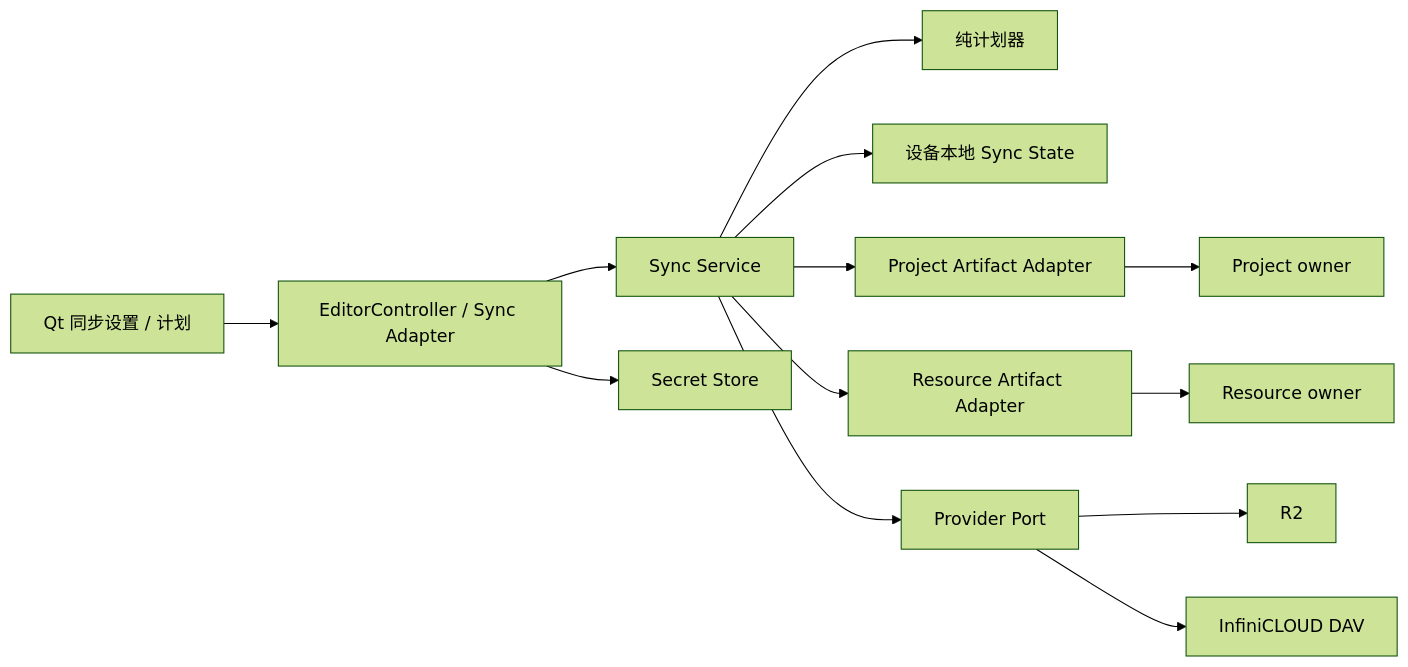
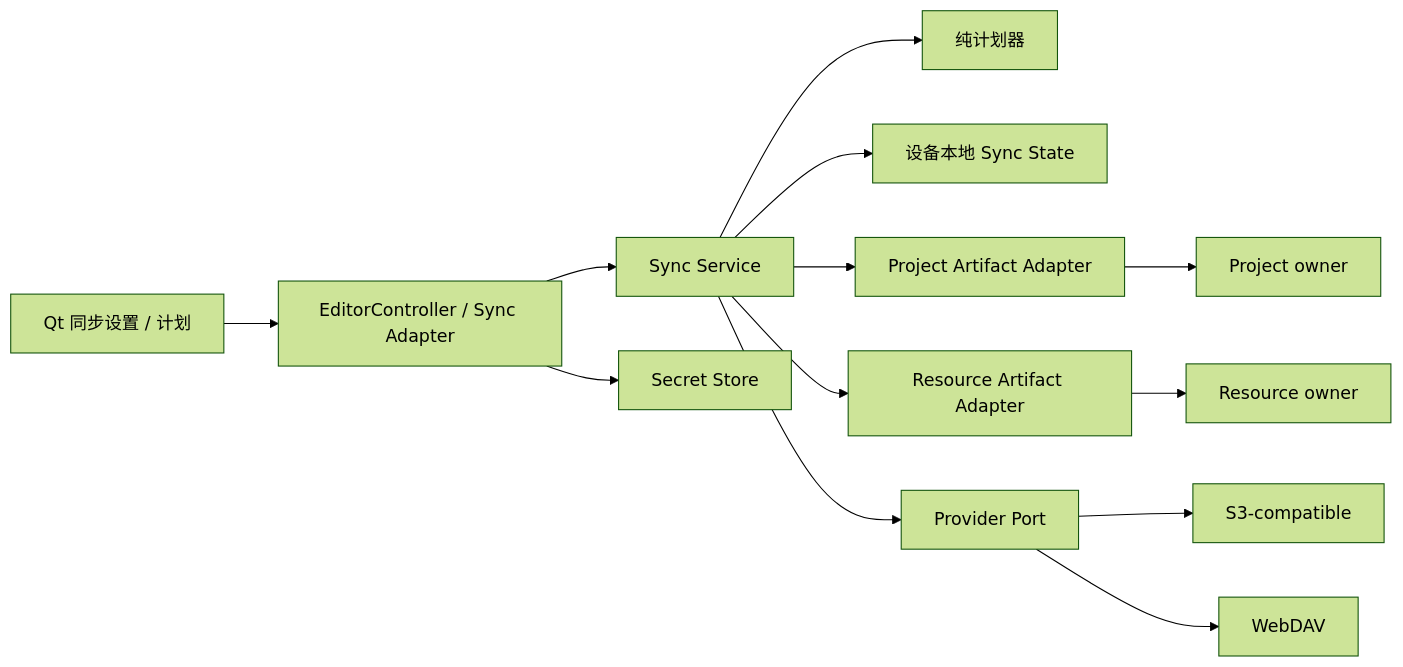
Before and after one commit to BeFringe/LocalCAT: the first of 2 diagrams in .kiro/specs/cross-device-sync-plugin/design.md, drawn with Mermaid (forest theme). The commit also changed other lines of this file and 5 other files, not shown here.

````diff
--- a/.kiro/specs/cross-device-sync-plugin/design.md
+++ b/.kiro/specs/cross-device-sync-plugin/design.md
@@ -54,15 +54,15 @@
 ```mermaid
 flowchart LR
   UI[Qt 同步设置 / 计划] --> C[EditorController / Sync Adapter]
   C --> S[Sync Service]
   S --> P[纯计划器]
   S --> J[设备本地 Sync State]
   S --> A[Project Artifact Adapter]
   S --> B[Resource Artifact Adapter]
   A --> O1[Project owner]
   B --> O2[Resource owner]
   S --> T[Provider Port]
-  T --> R[R2]
-  T --> D[InfiniCLOUD DAV]
+  T --> R[S3-compatible]
+  T --> D[WebDAV]
   C --> K[Secret Store]
 ```
````
